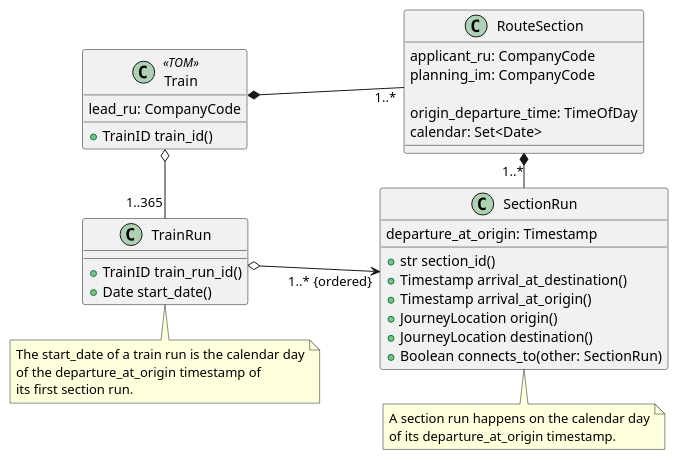
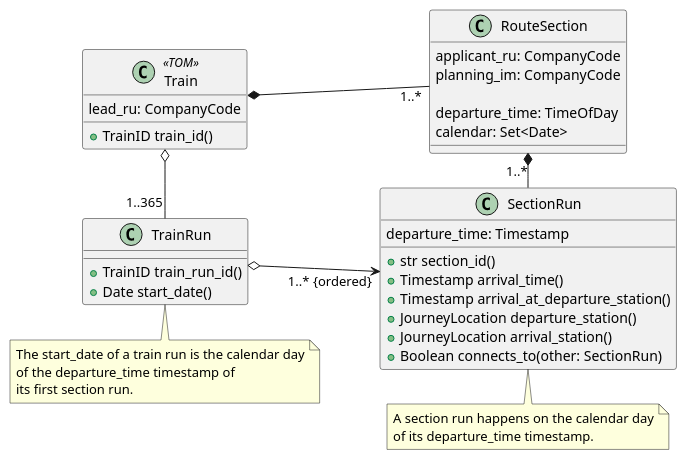
One commit to monora/tom changed the diagram in docs/uml/tom-section-run.puml. Above: the diagram before and after it, drawn with PlantUML. The commit also changed 14 other files, not shown here.

First line of the commit message:
Rename (origin, destination) to (departure_station, arrival_station)

```diff
--- a/docs/uml/tom-section-run.puml
+++ b/docs/uml/tom-section-run.puml
@@ -1,44 +1,44 @@
 left to right direction
 
 class Train <<TOM>> {
     lead_ru: CompanyCode
     +TrainID train_id()
 }
 
 class RouteSection {
     applicant_ru: CompanyCode
     planning_im: CompanyCode
 
-    origin_departure_time: TimeOfDay
+    departure_time: TimeOfDay
     calendar: Set<Date>
 }
 Train *-- "1..*" RouteSection
 
 class SectionRun {
 
-    departure_at_origin: Timestamp
+    departure_time: Timestamp
     + str section_id()
-    + Timestamp arrival_at_destination()
-    + Timestamp arrival_at_origin()
-    + JourneyLocation origin()
-    + JourneyLocation destination()
+    + Timestamp arrival_time()
+    + Timestamp arrival_at_departure_station()
+    + JourneyLocation departure_station()
+    + JourneyLocation arrival_station()
     + Boolean connects_to(other: SectionRun)
 }
 RouteSection *- "1..*" SectionRun
 note bottom of SectionRun
     A section run happens on the calendar day
-    of its departure_at_origin timestamp.
+    of its departure_time timestamp.
 end note
 
 class TrainRun {
     + TrainID train_run_id()
     + Date start_date()
 }
 note bottom of TrainRun
     The start_date of a train run is the calendar day
-    of the departure_at_origin timestamp of
+    of the departure_time timestamp of
     its first section run.
 end note
 
 TrainRun o--> "1..* {ordered}" SectionRun
 Train o- "1..365" TrainRun
```
